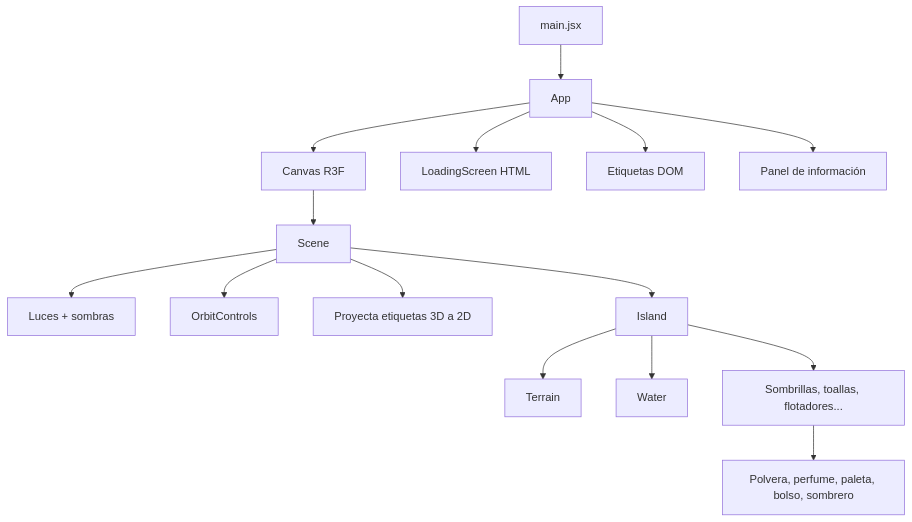
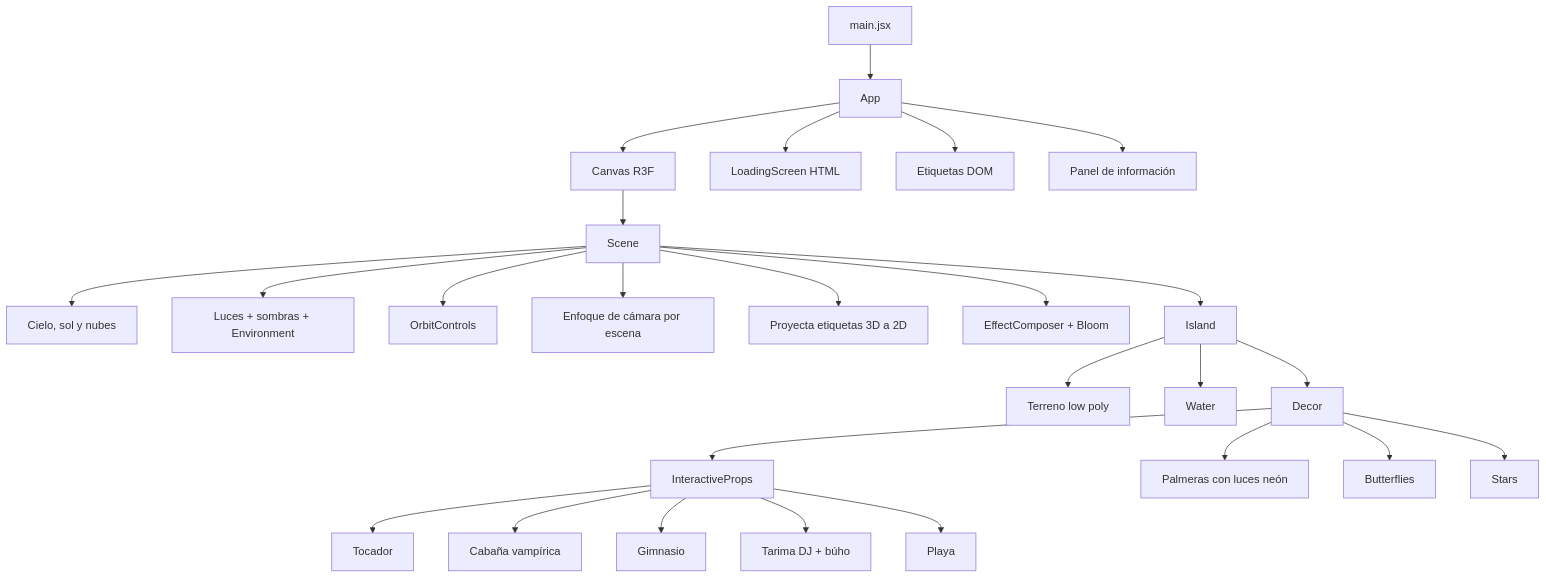
One commit to 444sofM/Portafolioweb3D changed the first of 2 diagrams in docs/arquitectura.md. Above: the diagram before and after it, drawn with Mermaid. The commit also changed other lines of this file and 27 other files, not shown here.

````diff
--- a/docs/arquitectura.md
+++ b/docs/arquitectura.md
@@ -10,17 +11,28 @@
 ```mermaid
 flowchart TD
   main[main.jsx] --> App
   App --> Canvas[Canvas R3F]
   App --> LoadingScreen[LoadingScreen HTML]
   Canvas --> Scene
   App --> LabelsOverlay[Etiquetas DOM]
   App --> ZonePanel[Panel de información]
-  Scene --> Lights[Luces + sombras]
+  Scene --> Sky[Cielo, sol y nubes]
+  Scene --> Lights[Luces + sombras + Environment]
   Scene --> OrbitControls
+  Scene --> CameraRig[Enfoque de cámara por escena]
   Scene --> LabelProjector[Proyecta etiquetas 3D a 2D]
+  Scene --> Bloom[EffectComposer + Bloom]
   Scene --> Island
-  Island --> Terrain
+  Island --> Terrain[Terreno low poly]
   Island --> Water
-  Island --> Decor[Sombrillas, toallas, flotadores...]
-  Decor --> InteractiveProps[Polvera, perfume, paleta, bolso, sombrero]
+  Island --> Decor
+  Decor --> InteractiveProps
+  Decor --> Palms[Palmeras con luces neón]
+  Decor --> Butterflies
+  Decor --> Stars
+  InteractiveProps --> Vanity[Tocador]
+  InteractiveProps --> VampireCabin[Cabaña vampírica]
+  InteractiveProps --> Gym[Gimnasio]
+  InteractiveProps --> DjStage[Tarima DJ + búho]
+  InteractiveProps --> Beach[Playa]
 ```
````
